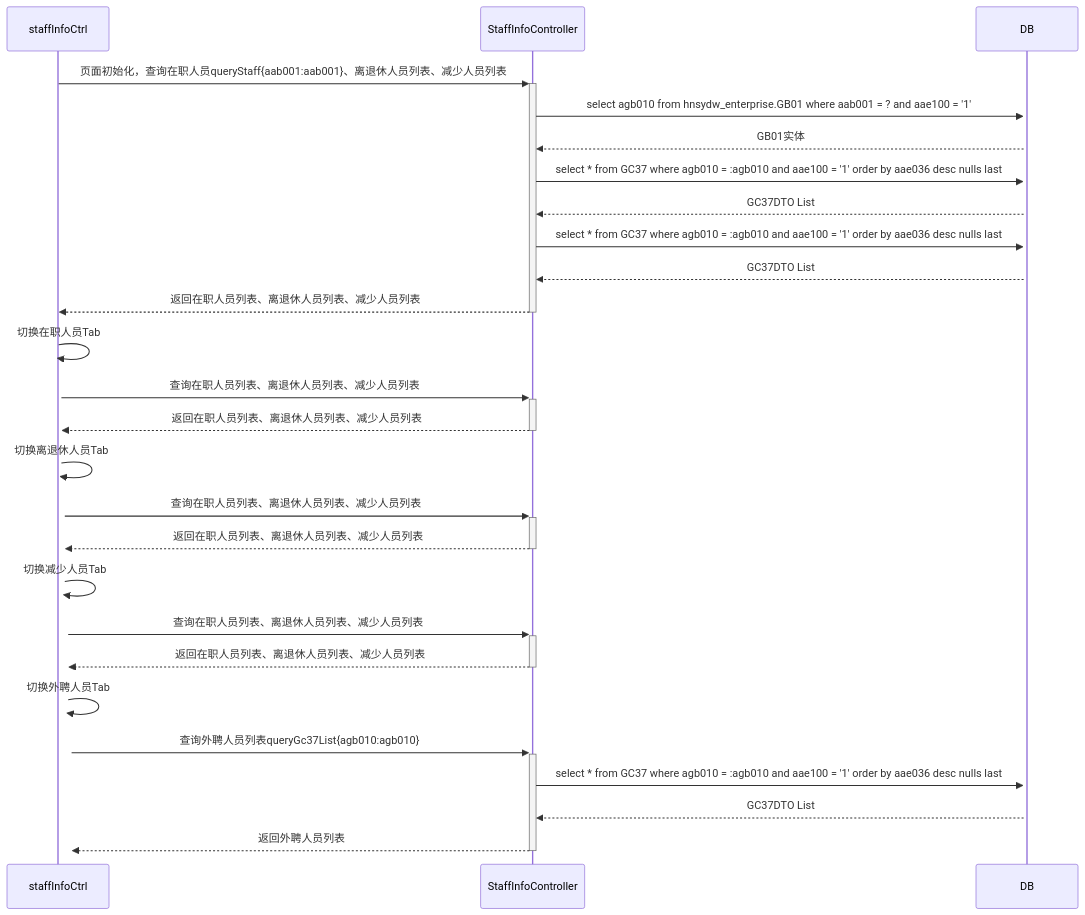
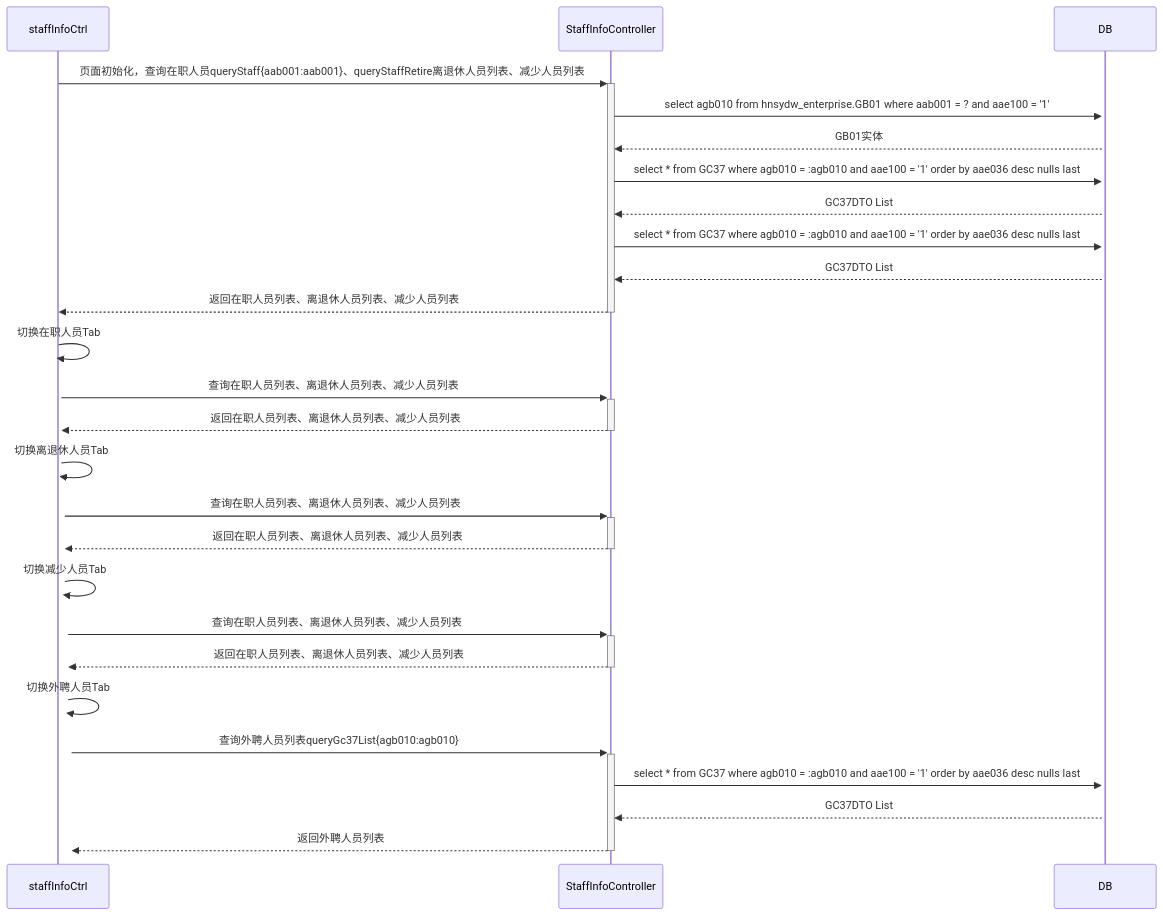
One commit to ZhangJianBeiJing/iodraw-files changed the diagram in all/人员基本信息初始化页面多Tab调用业务流程.md. Above: the diagram before and after it, drawn with Mermaid.

Commit message:
2025-03-25 10:40:11 update

````diff
--- a/all/人员基本信息初始化页面多Tab调用业务流程.md
+++ b/all/人员基本信息初始化页面多Tab调用业务流程.md
@@ -1,25 +1,25 @@
 ```mermaid
 sequenceDiagram
-    staffInfoCtrl->>+StaffInfoController: 页面初始化，查询在职人员queryStaff{aab001:aab001}、离退休人员列表、减少人员列表
+    staffInfoCtrl->>+StaffInfoController: 页面初始化，查询在职人员queryStaff{aab001:aab001}、queryStaffRetire离退休人员列表、减少人员列表
     StaffInfoController->>+DB:select agb010 from hnsydw_enterprise.GB01 where aab001 = ? and aae100 = '1'
     DB-->>StaffInfoController:GB01实体
     StaffInfoController->>+DB:select * from GC37 where agb010 = :agb010 and aae100 = '1' order by aae036 desc nulls last
     DB-->>StaffInfoController:GC37DTO List
     StaffInfoController->>+DB:select * from GC37 where agb010 = :agb010 and aae100 = '1' order by aae036 desc nulls last
     DB-->>StaffInfoController:GC37DTO List
     StaffInfoController-->>-staffInfoCtrl:返回在职人员列表、离退休人员列表、减少人员列表
     staffInfoCtrl->>+staffInfoCtrl:切换在职人员Tab
     staffInfoCtrl->>+StaffInfoController:查询在职人员列表、离退休人员列表、减少人员列表
     StaffInfoController-->>-staffInfoCtrl:返回在职人员列表、离退休人员列表、减少人员列表
     staffInfoCtrl->>+staffInfoCtrl:切换离退休人员Tab
     staffInfoCtrl->>+StaffInfoController:查询在职人员列表、离退休人员列表、减少人员列表
     StaffInfoController-->>-staffInfoCtrl:返回在职人员列表、离退休人员列表、减少人员列表
     staffInfoCtrl->>+staffInfoCtrl:切换减少人员Tab
     staffInfoCtrl->>+StaffInfoController:查询在职人员列表、离退休人员列表、减少人员列表
     StaffInfoController-->>-staffInfoCtrl:返回在职人员列表、离退休人员列表、减少人员列表
     staffInfoCtrl->>+staffInfoCtrl:切换外聘人员Tab
     staffInfoCtrl->>+StaffInfoController:查询外聘人员列表queryGc37List{agb010:agb010}
     StaffInfoController->>+DB:select * from GC37 where agb010 = :agb010 and aae100 = '1' order by aae036 desc nulls last
     DB-->>StaffInfoController:GC37DTO List 
     StaffInfoController-->>-staffInfoCtrl:返回外聘人员列表
 ```
````
